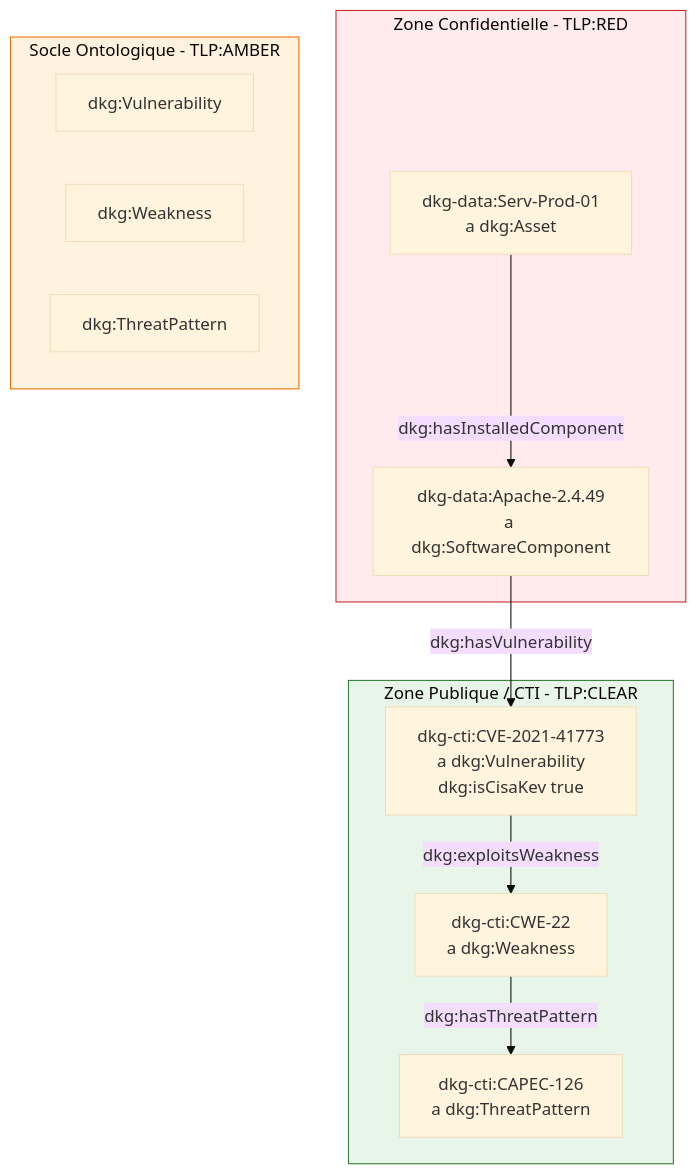
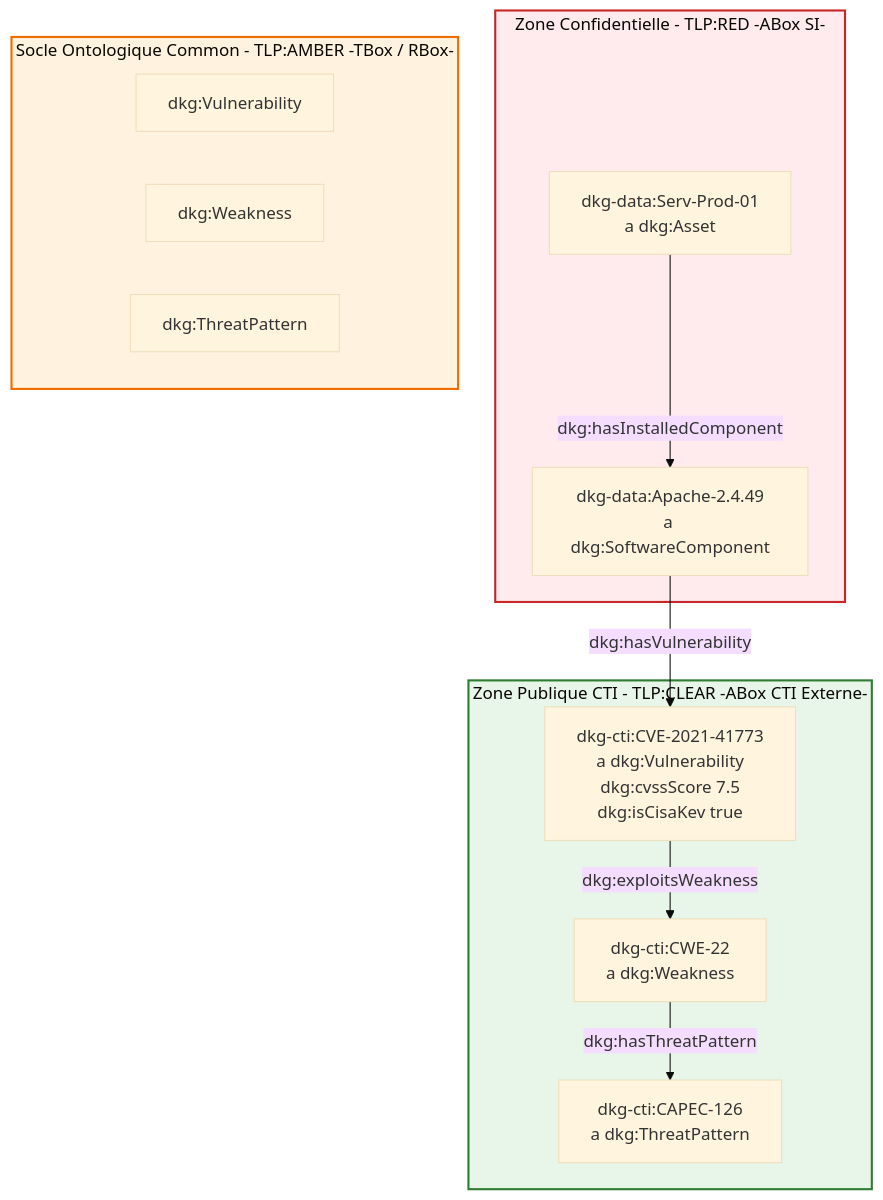
One commit to AlbanLher/Dkg-cybersec changed the diagram in 00-Projet/Phase3/Phase_Content.md. Above: the diagram before and after it, drawn with Mermaid (base theme). The commit also changed other lines of this file and 157 other files, not shown here.

````diff
--- a/00-Projet/Phase3/Phase_Content.md
+++ b/00-Projet/Phase3/Phase_Content.md
@@ -44,29 +66,30 @@
 ```mermaid
 graph TD
-    subgraph TLP_RED_Scope [Zone Confidentielle - TLP:RED]
+    subgraph TLP_RED [Zone Confidentielle - TLP:RED -ABox SI-]
         A["dkg-data:Serv-Prod-01<br/>a dkg:Asset"]
         C["dkg-data:Apache-2.4.49<br/>a dkg:SoftwareComponent"]
         A -->|dkg:hasInstalledComponent| C
     end
 
-    subgraph TLP_AMBER_Scope [Socle Ontologique - TLP:AMBER]
-        T1[dkg:Vulnerability]
-        T2[dkg:Weakness]
-        T3[dkg:ThreatPattern]
+    subgraph TLP_AMBER [Socle Ontologique Common - TLP:AMBER -TBox / RBox-]
+        T1["dkg:Vulnerability"]
+        T2["dkg:Weakness"]
+        T3["dkg:ThreatPattern"]
     end
 
-    subgraph TLP_CLEAR_Scope [Zone Publique / CTI - TLP:CLEAR]
-        CVE["dkg-cti:CVE-2021-41773<br/>a dkg:Vulnerability<br/>dkg:isCisaKev true"]
+    subgraph TLP_CLEAR [Zone Publique CTI - TLP:CLEAR -ABox CTI Externe-]
+        CVE["dkg-cti:CVE-2021-41773<br/>a dkg:Vulnerability<br/>dkg:cvssScore 7.5<br/>dkg:isCisaKev true"]
         CWE["dkg-cti:CWE-22<br/>a dkg:Weakness"]
         CAPEC["dkg-cti:CAPEC-126<br/>a dkg:ThreatPattern"]
         
         CVE -->|dkg:exploitsWeakness| CWE
         CWE -->|dkg:hasThreatPattern| CAPEC
     end
 
+    %% Lien Cross-TLP (RED vers CLEAR via AMBER)
     C -->|dkg:hasVulnerability| CVE
 
-    style TLP_RED_Scope fill:#ffebee,stroke:#c62828
-    style TLP_AMBER_Scope fill:#fff3e0,stroke:#ef6c00
-    style TLP_CLEAR_Scope fill:#e8f5e9,stroke:#2e7d32
+    style TLP_RED fill:#ffebee,stroke:#c62828,stroke-width:2px
+    style TLP_AMBER fill:#fff3e0,stroke:#ef6c00,stroke-width:2px
+    style TLP_CLEAR fill:#e8f5e9,stroke:#2e7d32,stroke-width:2px
 ```
````
